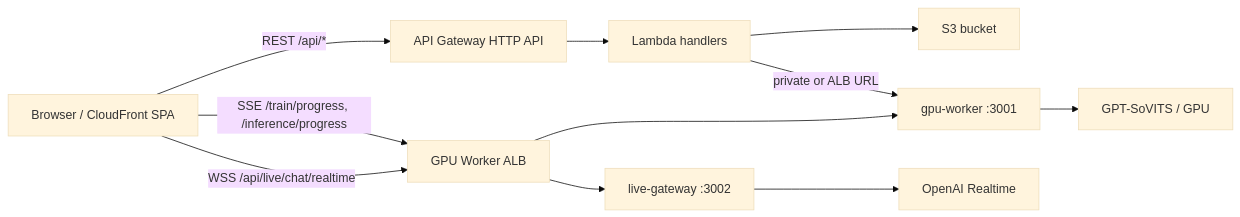
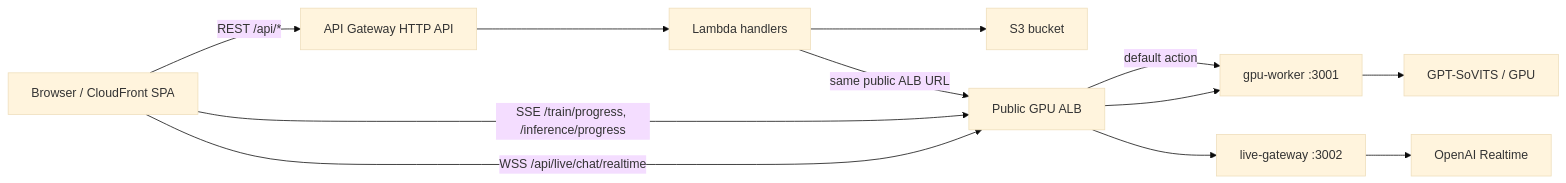
One commit to NathanaelNgYY/VoiceCloning changed the diagram in docs/lambda-serverless-gpu-worker-guide.md. Above: the diagram before and after it, drawn with Mermaid (base theme). The commit also changed other lines of this file and 4 other files, not shown here.

````diff
--- a/docs/lambda-serverless-gpu-worker-guide.md
+++ b/docs/lambda-serverless-gpu-worker-guide.md
@@ -51,23 +52,24 @@
 ```mermaid
 flowchart LR
   Browser["Browser / CloudFront SPA"]
   Api["API Gateway HTTP API"]
   Lambda["Lambda handlers"]
   S3["S3 bucket"]
-  Alb["GPU Worker ALB"]
+  Alb["Public GPU ALB"]
   Worker["gpu-worker :3001"]
   Live["live-gateway :3002"]
   OpenAI["OpenAI Realtime"]
   Gpu["GPT-SoVITS / GPU"]
 
   Browser -->|REST /api/*| Api
   Api --> Lambda
   Lambda --> S3
-  Lambda -->|private or ALB URL| Worker
+  Lambda -->|same public ALB URL| Alb
+  Alb -->|default action| Worker
   Browser -->|SSE /train/progress, /inference/progress| Alb
   Alb --> Worker
   Browser -->|WSS /api/live/chat/realtime| Alb
   Alb --> Live
   Live --> OpenAI
   Worker --> Gpu
 ```
````
